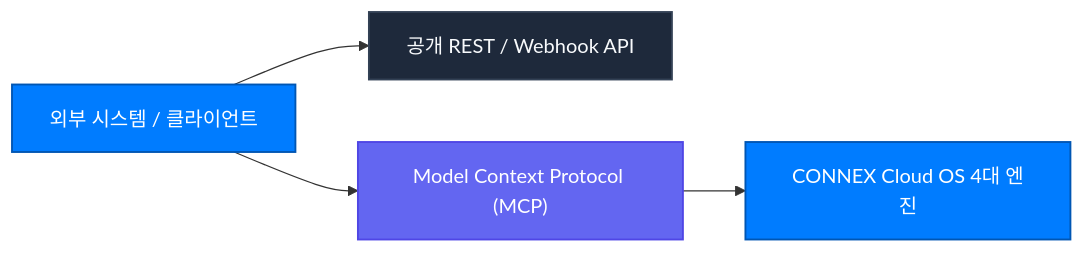
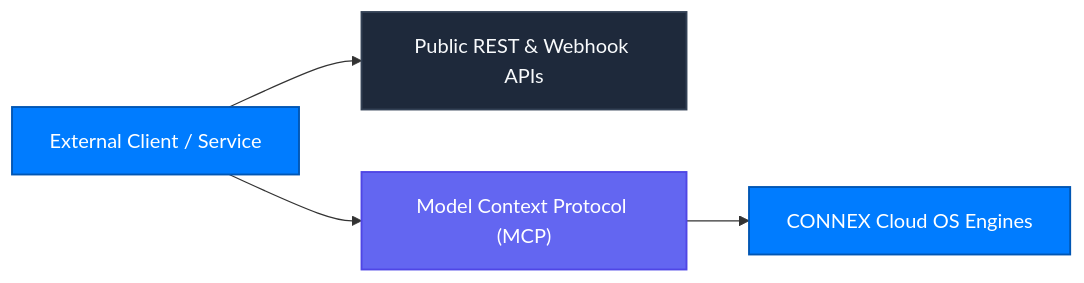
Before and after one commit to Connex-Brothers-Consulting-Group/cbcg-hs-connex-docs: the diagram in developers/overview.mdx, drawn with Mermaid. The commit also changed other lines of this file and 30 other files, not shown here.

````diff
--- a/developers/overview.mdx
+++ b/developers/overview.mdx
@@ -9,10 +9,10 @@
 ```mermaid
 graph LR
     classDef primary fill:#007CFF,stroke:#0056B3,stroke-width:1.5px,color:#FFFFFF;
     classDef enterprise fill:#1E293B,stroke:#334155,stroke-width:1.5px,color:#F8FAFC;
     classDef ai fill:#6366F1,stroke:#4F46E5,stroke-width:1.5px,color:#FFFFFF;
 
-    Client["외부 시스템 / 클라이언트"]:::primary --> API["공개 REST / Webhook API"]:::enterprise
+    Client["External Client / Service"]:::primary --> API["Public REST & Webhook APIs"]:::enterprise
     Client --> MCP["Model Context Protocol (MCP)"]:::ai
-    MCP --> OS["CONNEX Cloud OS 4대 엔진"]:::primary
+    MCP --> OS["CONNEX Cloud OS Engines"]:::primary
 ```
````
